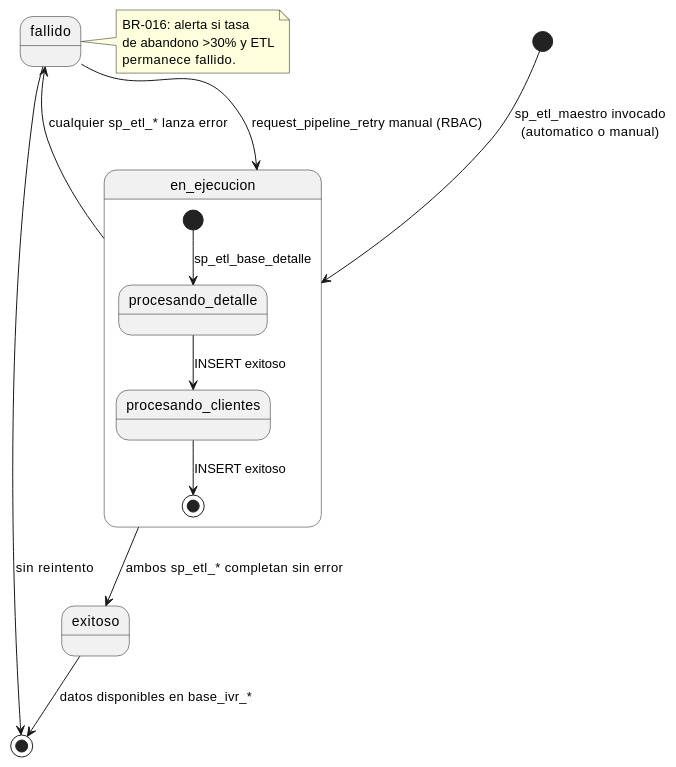
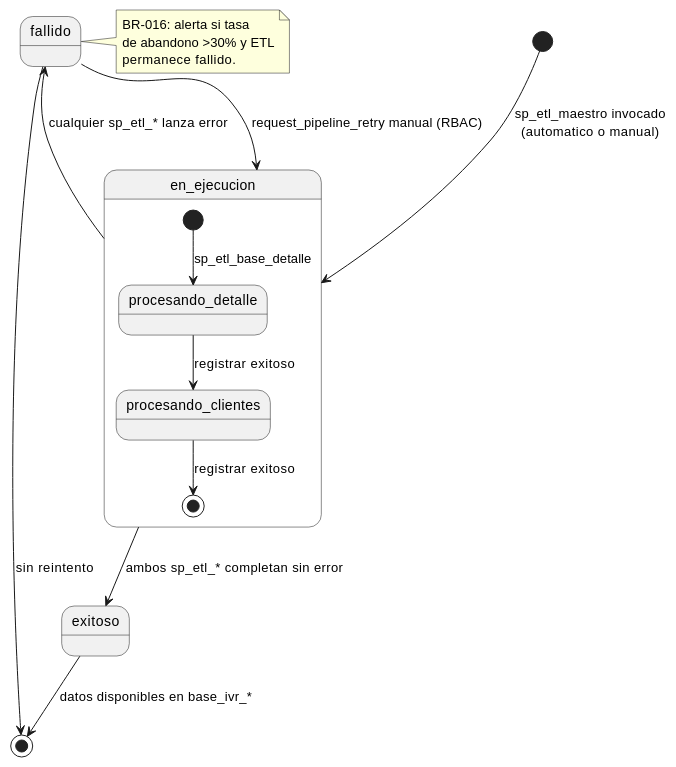
The diagram in source/arquitectura-tecnica/modulos/etl-monitoring/diagramas/sub-estados-proceso-etl.rst (jcg-admin/IACT-docs), drawn with PlantUML before and after one commit. The commit also changed 48 other files, not shown here.

```diff
--- a/source/arquitectura-tecnica/modulos/etl-monitoring/diagramas/sub-estados-proceso-etl.rst
+++ b/source/arquitectura-tecnica/modulos/etl-monitoring/diagramas/sub-estados-proceso-etl.rst
@@ -22,27 +22,27 @@
 .. uml::
  :caption: Maquina de estados de una ejecucion ETL (etl_runs).
 
  @startuml
 
  [*] --> en_ejecucion : sp_etl_maestro invocado\n(automatico o manual)
 
  state en_ejecucion {
    [*] --> procesando_detalle : sp_etl_base_detalle
-   procesando_detalle --> procesando_clientes : INSERT exitoso
-   procesando_clientes --> [*] : INSERT exitoso
+   procesando_detalle --> procesando_clientes : registrar exitoso
+   procesando_clientes --> [*] : registrar exitoso
  }
 
  en_ejecucion --> exitoso : ambos sp_etl_* completan sin error
  en_ejecucion --> fallido : cualquier sp_etl_* lanza error
 
  exitoso --> [*] : datos disponibles en base_ivr_*
  fallido --> en_ejecucion : request_pipeline_retry manual (RBAC)
  fallido --> [*] : sin reintento
 
  note right of fallido
    BR-016: alerta si tasa
    de abandono >30% y ETL
    permanece fallido.
  end note
 
  @enduml
```
